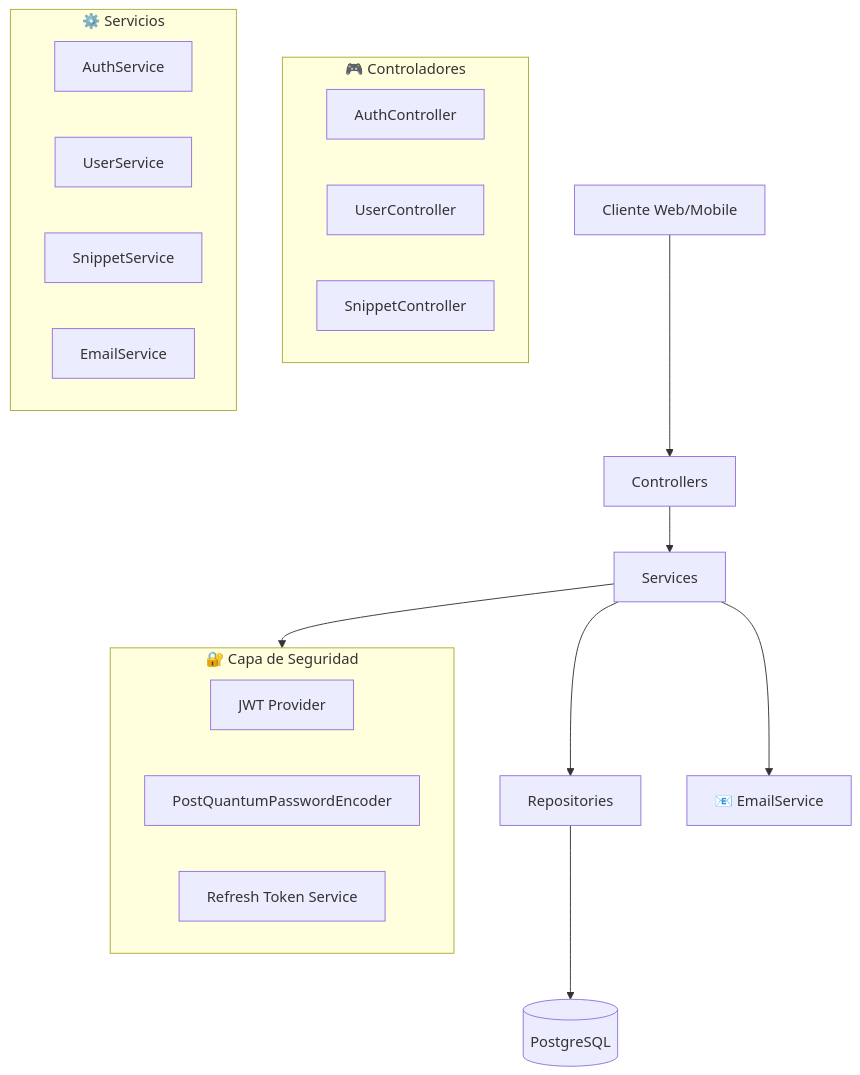
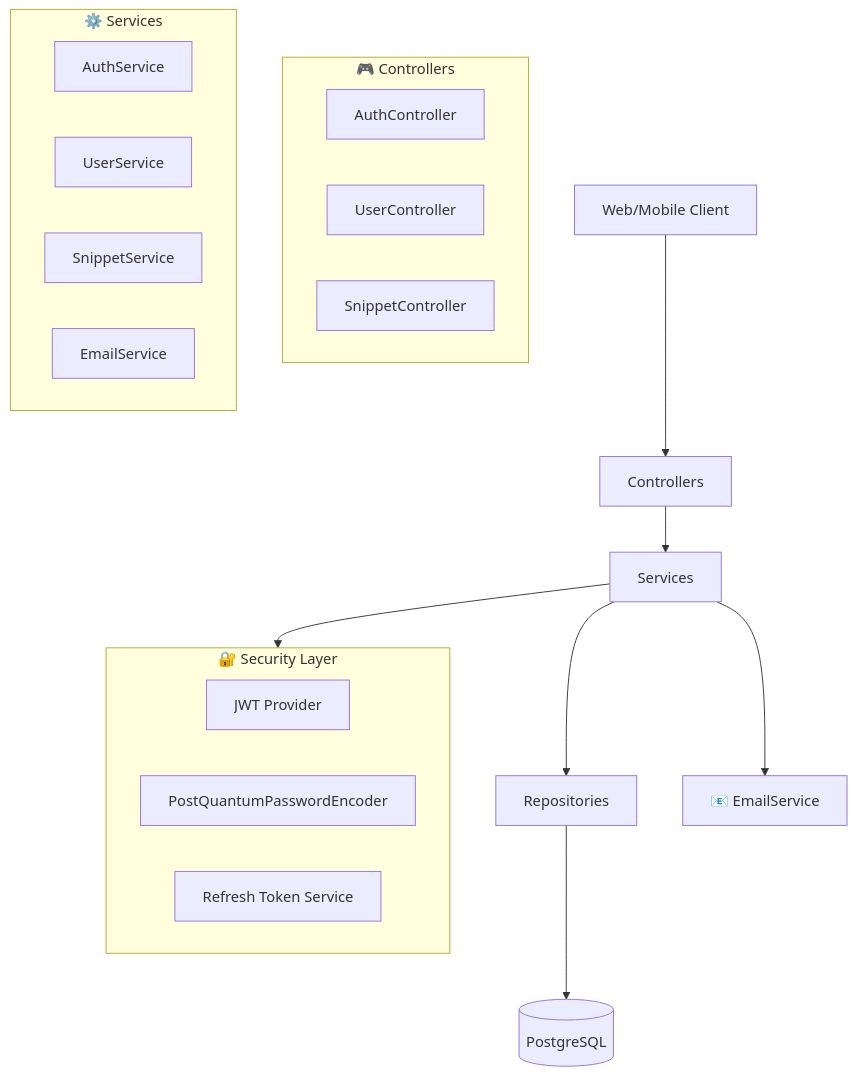
Before and after one commit to JesusLuna2309/polyglotCloud: the first of 5 diagrams in README.md, drawn with Mermaid. The commit also changed other lines of this file, not shown here.

````diff
--- a/README.md
+++ b/README.md
@@ -23,28 +23,28 @@
 ```mermaid
 graph TB
-    Client[Cliente Web/Mobile] --> Controller[Controllers]
+    Client[Web/Mobile Client] --> Controller[Controllers]
     Controller --> Service[Services]
     Service --> Repository[Repositories] 
     Repository --> DB[(PostgreSQL)]
     Service --> Email[📧 EmailService]
     Service --> Security[🔐 Security]
     
-    subgraph Security[🔐 Capa de Seguridad]
+    subgraph Security[🔐 Security Layer]
         JWT[JWT Provider]
         PQE[PostQuantumPasswordEncoder]
         RefreshToken[Refresh Token Service]
     end
     
-    subgraph Controllers[🎮 Controladores]
+    subgraph Controllers[🎮 Controllers]
         AuthC[AuthController]
         UserC[UserController] 
         SnippetC[SnippetController]
     end
     
-    subgraph Services[⚙️ Servicios]
+    subgraph Services[⚙️ Services]
         AuthS[AuthService]
         UserS[UserService]
         SnippetS[SnippetService]
         EmailS[EmailService]
     end
 ```
````
